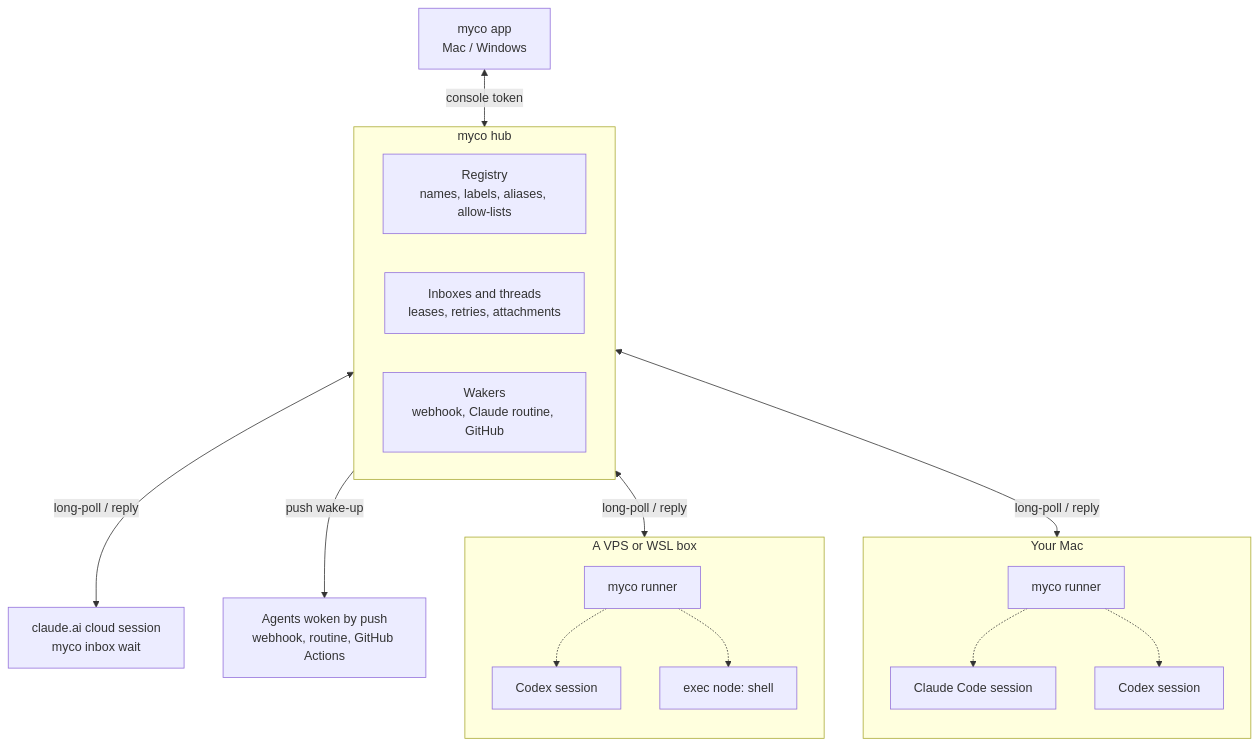
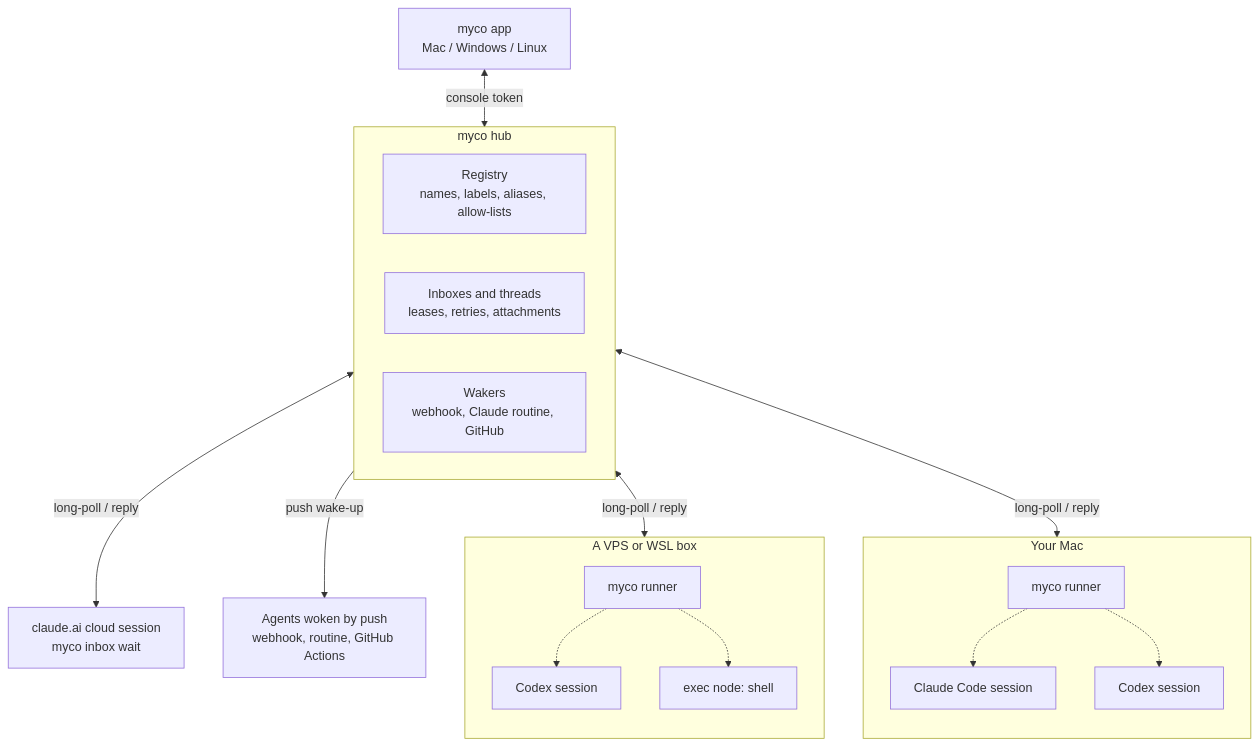
Before and after one commit to chenhg5/myco: the first of 2 diagrams in README.md, drawn with Mermaid. The commit also changed other lines of this file and 17 other files, not shown here.

First line of the commit message:
Linux App: opens in the browser

````diff
--- a/README.md
+++ b/README.md
@@ -227,32 +228,32 @@
 ```mermaid
 flowchart TB
   subgraph HUB["myco hub"]
     direction LR
     REG["Registry<br/>names, labels, aliases, allow-lists"]
     BOX["Inboxes and threads<br/>leases, retries, attachments"]
     WAKE["Wakers<br/>webhook, Claude routine, GitHub"]
   end
 
   subgraph MAC["Your Mac"]
     direction TB
     R1["myco runner"] -.-> S1["Claude Code session"]
     R1 -.-> S2["Codex session"]
   end
 
   CLOUD["claude.ai cloud session<br/>myco inbox wait"]
 
   subgraph VPS["A VPS or WSL box"]
     direction TB
     R2["myco runner"] -.-> S3["Codex session"]
     R2 -.-> S4["exec node: shell"]
   end
 
-  UI["myco app<br/>Mac / Windows"]
+  UI["myco app<br/>Mac / Windows / Linux"]
   EXT["Agents woken by push<br/>webhook, routine, GitHub Actions"]
 
   BOX <-->|"long-poll / reply"| R1
   BOX <-->|"long-poll / reply"| CLOUD
   BOX <-->|"long-poll / reply"| R2
   UI <-->|"console token"| REG
   WAKE -->|"push wake-up"| EXT
 ```
````
